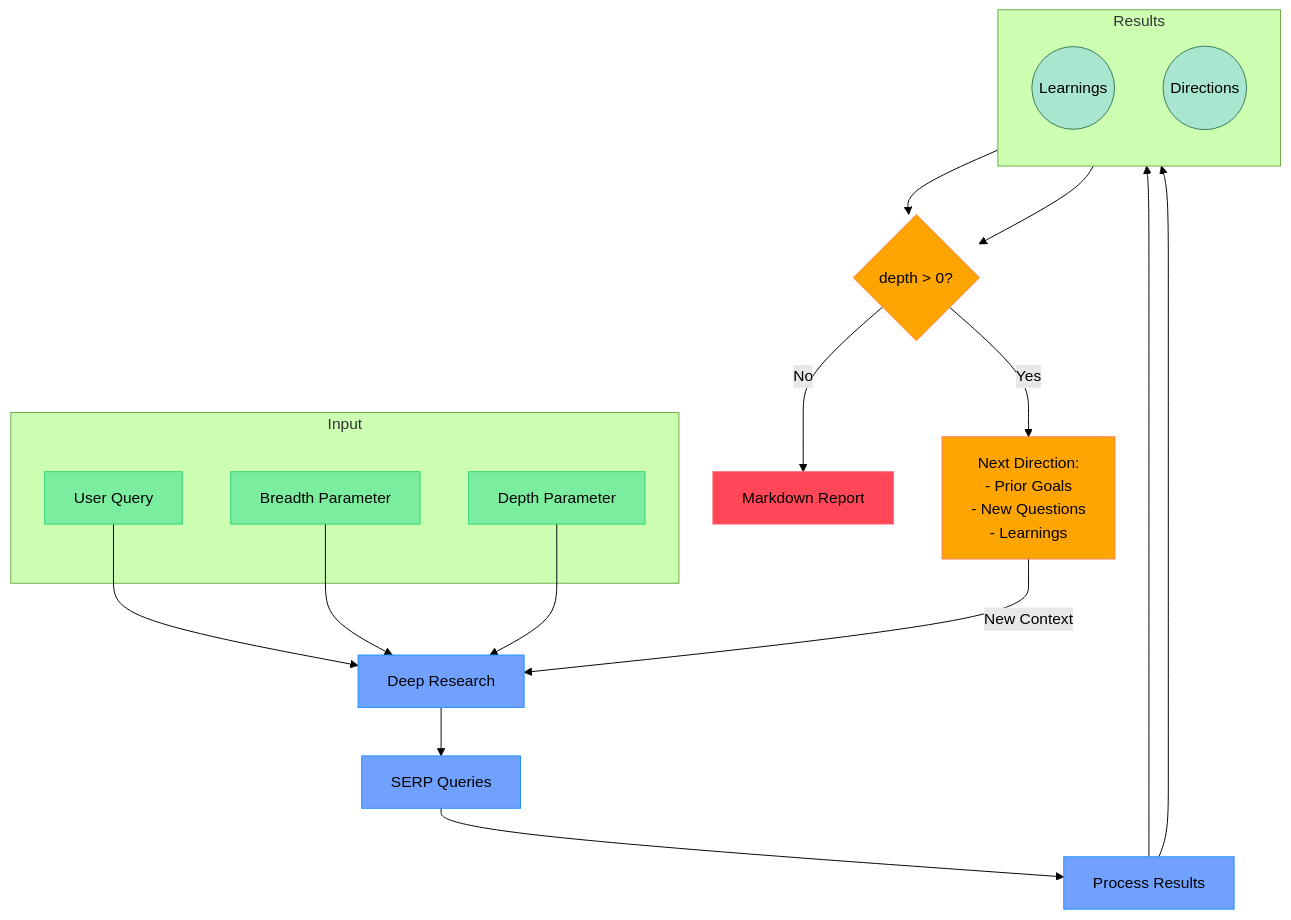
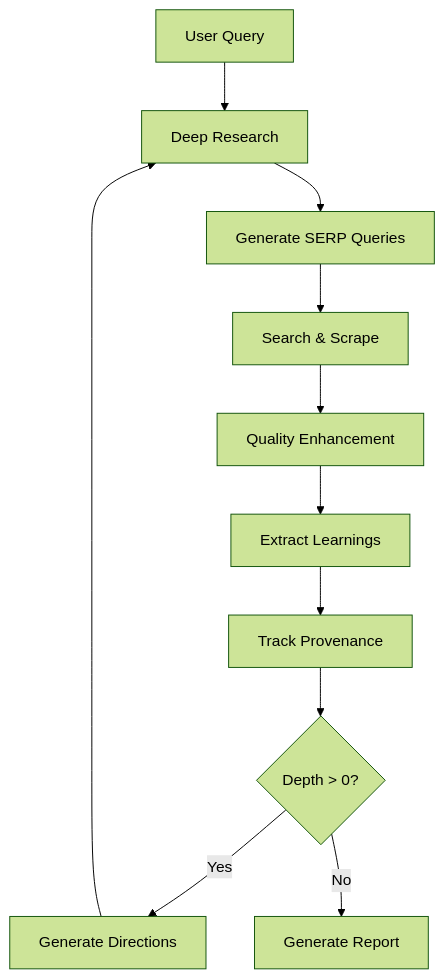
One commit to Finance-LLMs/deep-research-python changed the diagram in README.md. Above: the diagram before and after it, drawn with Mermaid (forest theme). The commit also changed other lines of this file and 11 other files, not shown here.

````diff
--- a/README.md
+++ b/README.md
@@ -13,56 +253,13 @@
 ```mermaid
 flowchart TB
-    subgraph Input
-        Q[User Query]
-        B[Breadth Parameter]
-        D[Depth Parameter]
-    end
-
-    DR[Deep Research] -->
-    SQ[SERP Queries] -->
-    PR[Process Results]
-
-    subgraph Results[Results]
-        direction TB
-        NL((Learnings))
-        ND((Directions))
-    end
-
-    PR --> NL
-    PR --> ND
-
-    DP{depth > 0?}
-
-    RD["Next Direction:
-    - Prior Goals
-    - New Questions
-    - Learnings"]
-
-    MR[Markdown Report]
-
-    %% Main Flow
-    Q & B & D --> DR
-
-    %% Results to Decision
-    NL & ND --> DP
-
-    %% Circular Flow
-    DP -->|Yes| RD
-    RD -->|New Context| DR
-
-    %% Final Output
-    DP -->|No| MR
-
-    %% Styling
-    classDef input fill:#7bed9f,stroke:#2ed573,color:black
-    classDef process fill:#70a1ff,stroke:#1e90ff,color:black
-    classDef recursive fill:#ffa502,stroke:#ff7f50,color:black
-    classDef output fill:#ff4757,stroke:#ff6b81,color:black
-    classDef results fill:#a8e6cf,stroke:#3b7a57,color:black
-
-    class Q,B,D input
-    class DR,SQ,PR process
-    class DP,RD recursive
-    class MR output
-    class NL,ND results
+    Q[User Query] --> DR[Deep Research]
+    DR --> SQ[Generate SERP Queries]
+    SQ --> SR[Search & Scrape]
+    SR --> QE[Quality Enhancement]
+    QE --> LE[Extract Learnings]
+    LE --> PT[Track Provenance]
+    PT --> D{Depth > 0?}
+    D -->|Yes| RD[Generate Directions]
+    RD --> DR
+    D -->|No| R[Generate Report]
 ```
````
